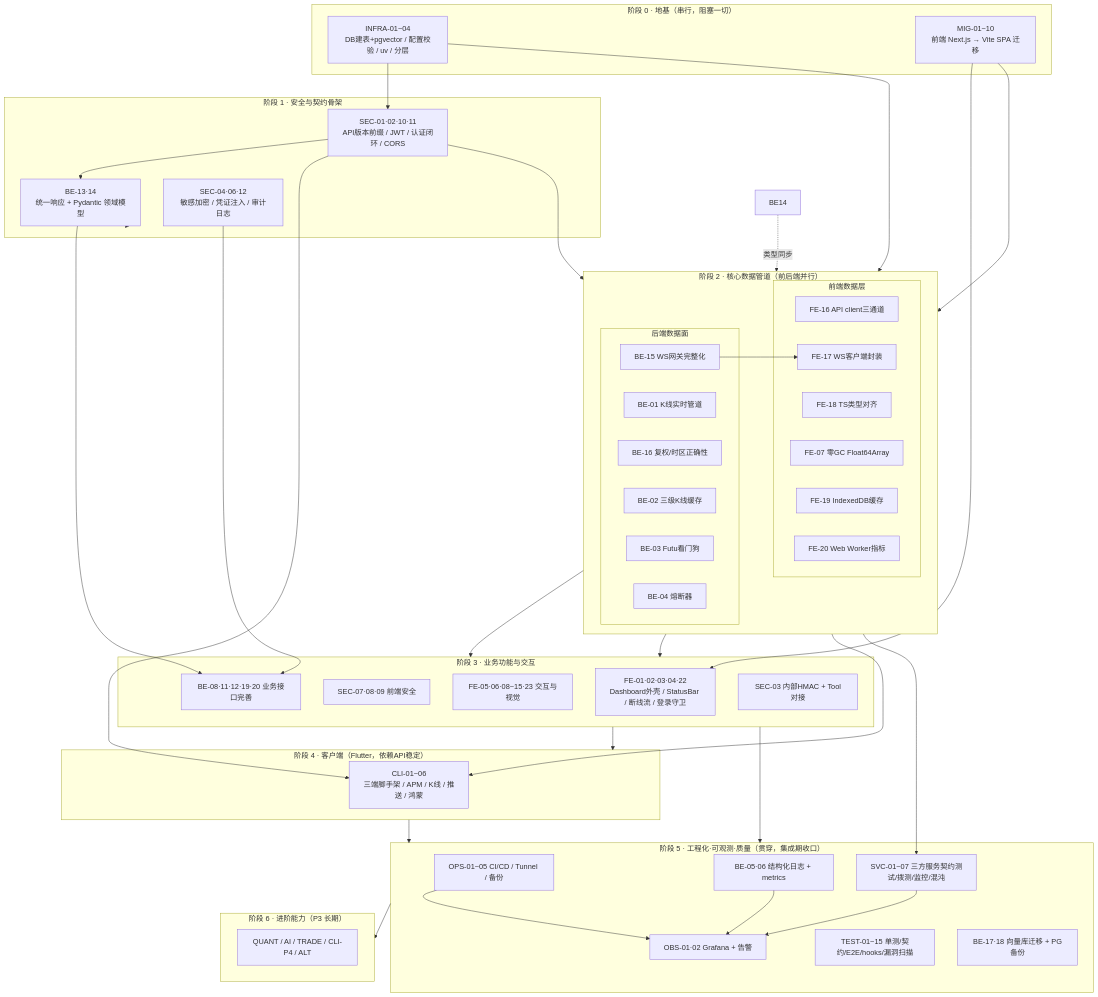
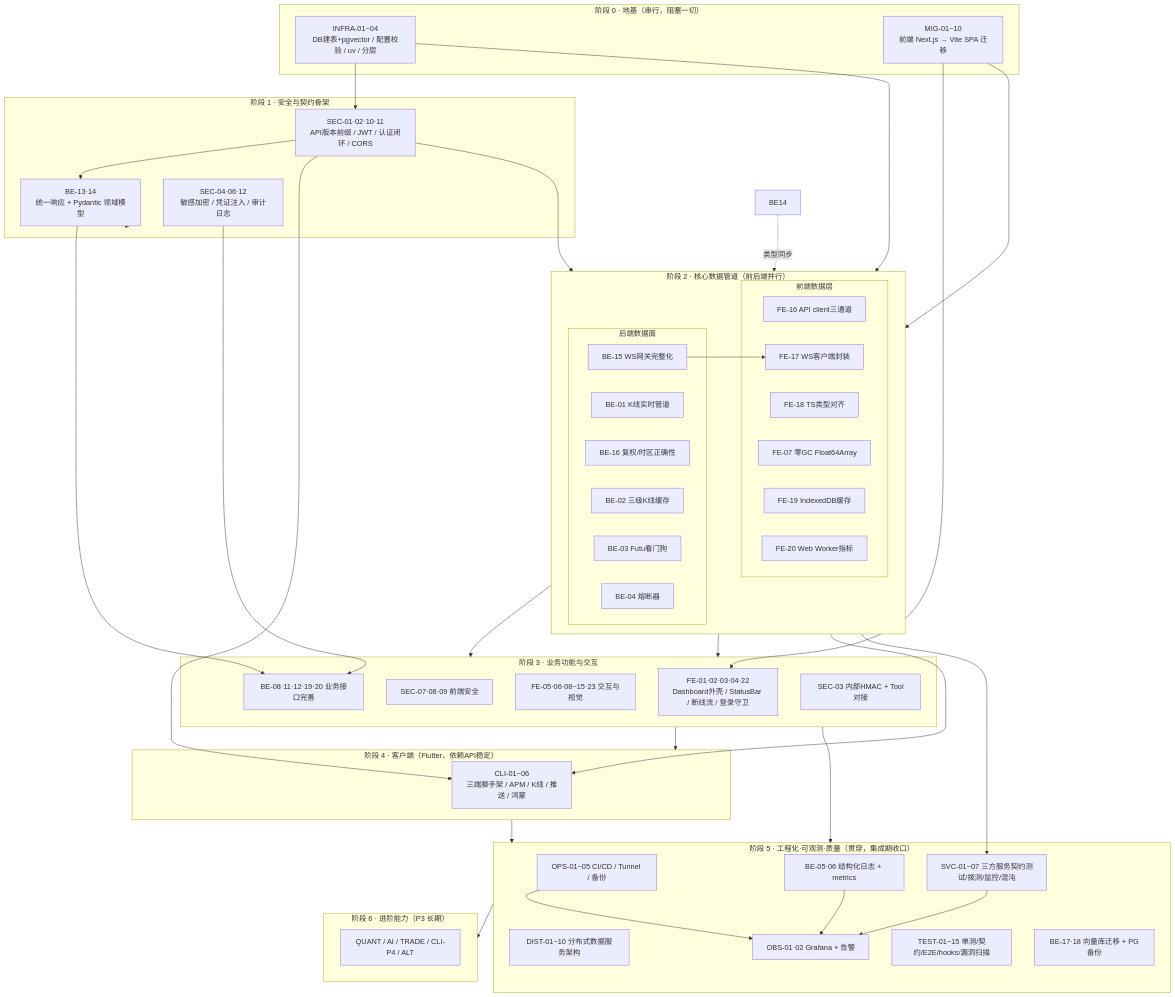
Before and after one commit to songlinhe5-lab/quant_agent: the diagram in docs/TODO.md, drawn with Mermaid. The commit also changed other lines of this file and 2 other files, not shown here.

```diff
--- a/docs/TODO.md
+++ b/docs/TODO.md
@@ -58,6 +58,7 @@
 
     subgraph S5["阶段 5 · 工程化·可观测·质量（贯穿，集成期收口）"]
         OPS["OPS-01~05 CI/CD / Tunnel / 备份"]
+        DIST["DIST-01~10 分布式数据服务架构"]
         BE0506["BE-05·06 结构化日志 + metrics"]
         OBS["OBS-01·02 Grafana + 告警"]
         TEST["TEST-01~15 单测/契约/E2E/hooks/漏洞扫描"]
```
